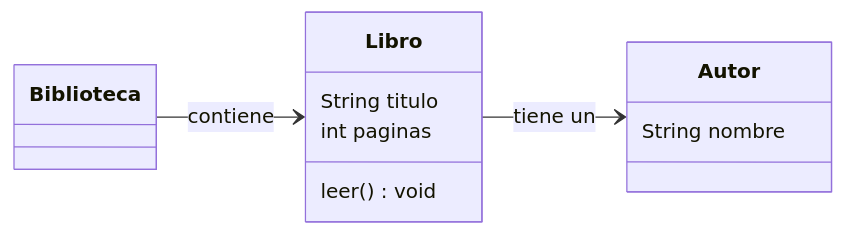
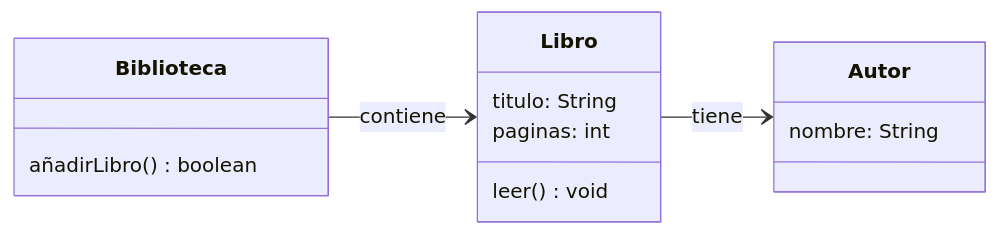
The fourth of 6 diagrams in UD4_Introducción_POO_diagramas_UML_diagramas_clases/ud04_1_introduccion_poo_uml.md (danielmartinan/entornos_desarrollo_2024-25), drawn with Mermaid before and after one commit. The commit also changed other lines of this file and 7 other files, not shown here.

````diff
--- a/UD4_Introducción_POO_diagramas_UML_diagramas_clases/ud04_1_introduccion_poo_uml.md
+++ b/UD4_Introducción_POO_diagramas_UML_diagramas_clases/ud04_1_introduccion_poo_uml.md
@@ -676,16 +675,20 @@
 ```mermaid
 classDiagram
     direction LR
     class Biblioteca {
+        añadirLibro() boolean
     }
+
     class Libro {
-        String titulo
-        int paginas
+        titulo: String
+        paginas: int
         leer() void
     }
+
     class Autor {
-        String nombre
+        nombre: String
     }
+
     Biblioteca --> Libro : contiene
-    Libro --> Autor : tiene un
+    Libro --> Autor : tiene
 ```
````
